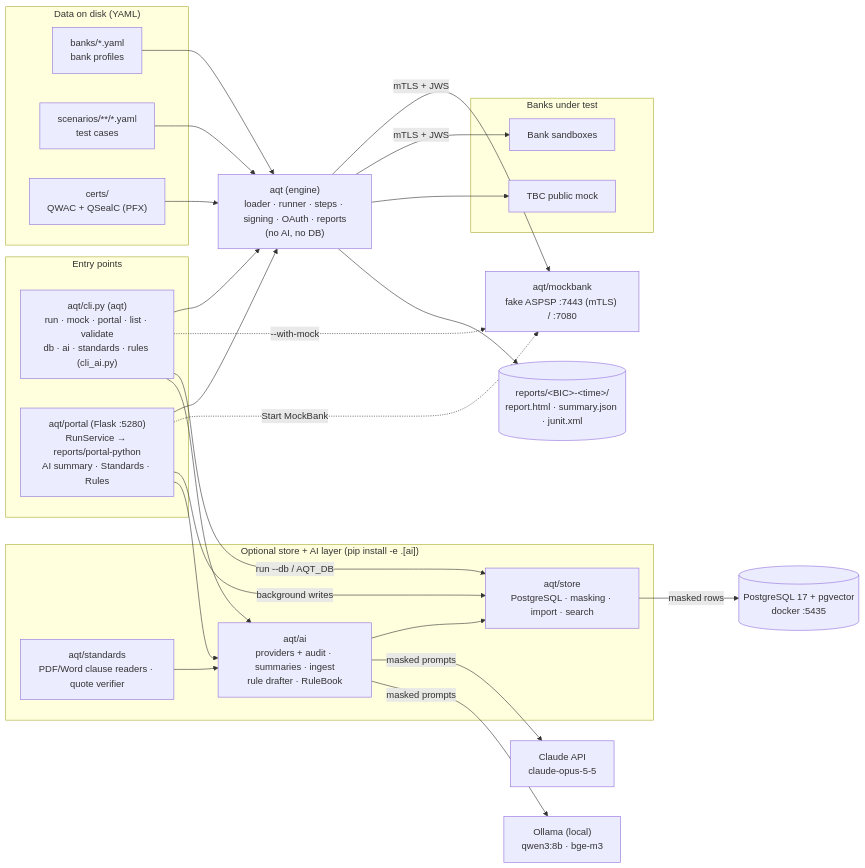
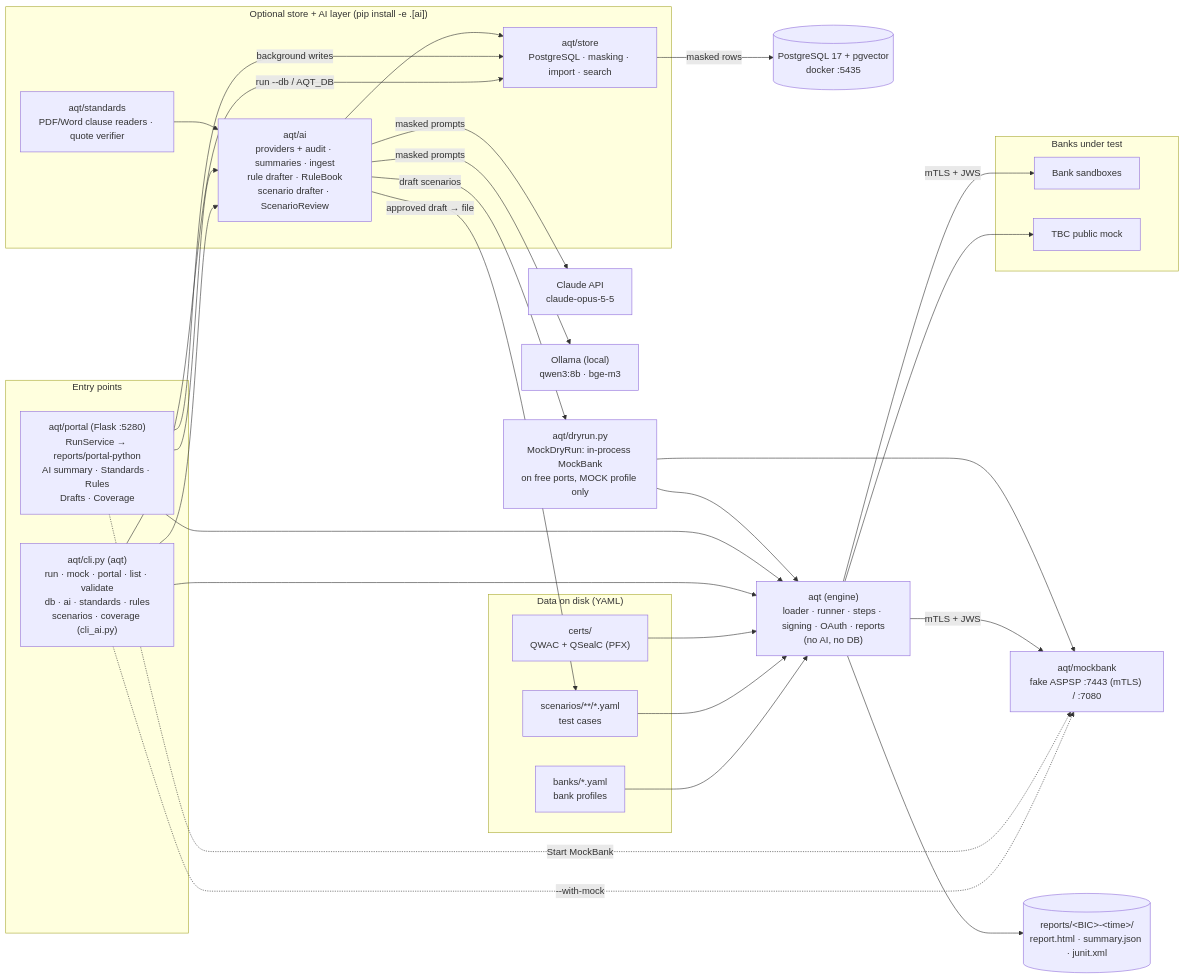
One commit to levan-petrosiani/Aurasoft-Monitoring changed the first of 7 diagrams in ARCHITECTURE.md. Above: the diagram before and after it, drawn with Mermaid. The commit also changed other lines of this file and 24 other files, not shown here.

First line of the commit message:
Phase 3: scenarios drafted from approved rules, MockBank dry runs, Drafts and Coverage pages

````diff
--- a/ARCHITECTURE.md
+++ b/ARCHITECTURE.md
@@ -12,53 +13,58 @@
 ```mermaid
 flowchart LR
     subgraph Inputs["Data on disk (YAML)"]
         Banks["banks/*.yaml<br/>bank profiles"]
         Scen["scenarios/**/*.yaml<br/>test cases"]
         Certs["certs/<br/>QWAC + QSealC (PFX)"]
     end
 
     subgraph Hosts["Entry points"]
-        Cli["aqt/cli.py (aqt)<br/>run · mock · portal · list · validate<br/>db · ai · standards · rules (cli_ai.py)"]
-        Portal["aqt/portal (Flask :5280)<br/>RunService → reports/portal-python<br/>AI summary · Standards · Rules"]
+        Cli["aqt/cli.py (aqt)<br/>run · mock · portal · list · validate<br/>db · ai · standards · rules<br/>scenarios · coverage (cli_ai.py)"]
+        Portal["aqt/portal (Flask :5280)<br/>RunService → reports/portal-python<br/>AI summary · Standards · Rules<br/>Drafts · Coverage"]
     end
 
     subgraph AiLayer["Optional store + AI layer (pip install -e .[ai])"]
         Store["aqt/store<br/>PostgreSQL · masking · import · search"]
         Std["aqt/standards<br/>PDF/Word clause readers · quote verifier"]
-        AI["aqt/ai<br/>providers + audit · summaries · ingest<br/>rule drafter · RuleBook"]
+        AI["aqt/ai<br/>providers + audit · summaries · ingest<br/>rule drafter · RuleBook<br/>scenario drafter · ScenarioReview"]
     end
     PG[("PostgreSQL 17 + pgvector<br/>docker :5435")]
     Claude["Claude API<br/>claude-opus-5-5"]
     Ollama["Ollama (local)<br/>qwen3:8b · bge-m3"]
 
     Engine["aqt (engine)<br/>loader · runner · steps · signing · OAuth · reports<br/>(no AI, no DB)"]
     Mock["aqt/mockbank<br/>fake ASPSP :7443 (mTLS) / :7080"]
+    Dry["aqt/dryrun.py<br/>MockDryRun: in-process MockBank<br/>on free ports, MOCK profile only"]
     Reports[("reports/&lt;BIC&gt;-&lt;time&gt;/<br/>report.html · summary.json · junit.xml")]
 
     subgraph Targets["Banks under test"]
         Real["Bank sandboxes"]
         TbcMock["TBC public mock"]
     end
 
     Banks --> Engine
     Scen --> Engine
     Certs --> Engine
     Cli --> Engine
     Portal --> Engine
     Cli -. "--with-mock" .-> Mock
     Portal -. "Start MockBank" .-> Mock
     Engine -- "mTLS + JWS" --> Mock
     Engine -- "mTLS + JWS" --> Real
     Engine --> TbcMock
     Engine --> Reports
 
     Cli -- "run --db / AQT_DB" --> Store
     Portal -- "background writes" --> Store
     Cli --> AI
     Portal --> AI
     Std --> AI
+    AI -- "draft scenarios" --> Dry
+    Dry --> Engine
+    Dry --> Mock
+    AI -- "approved draft → file" --> Scen
     AI --> Store
     Store -- "masked rows" --> PG
     AI -- "masked prompts" --> Claude
     AI -- "masked prompts" --> Ollama
 ```
````
